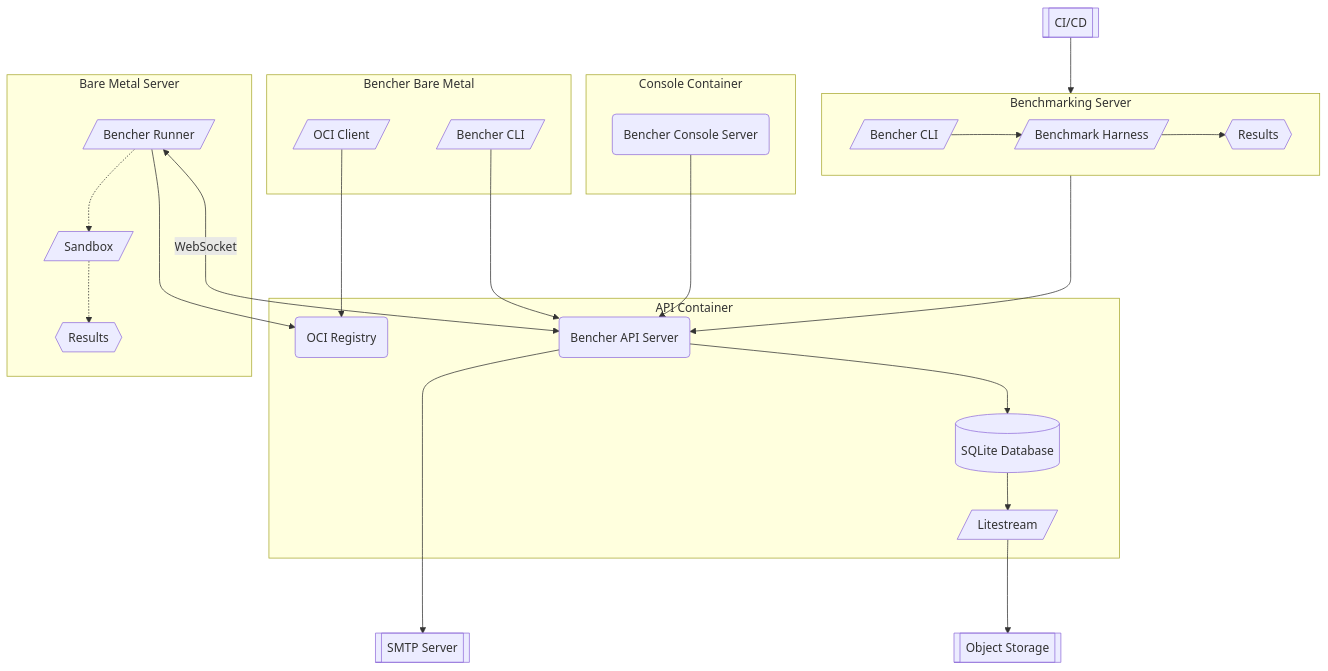
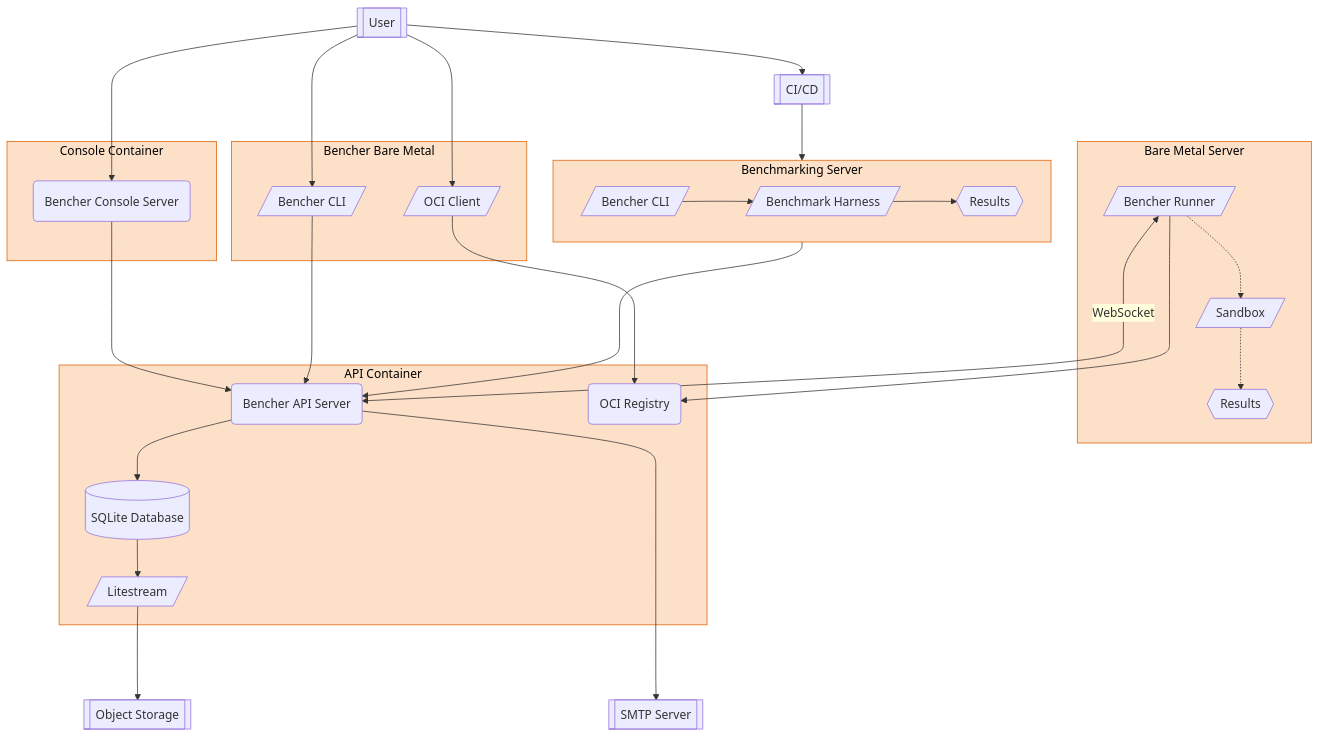
The diagram in services/console/diagrams/architecture.mmd (bencherdev/bencher), drawn with Mermaid before and after one commit.

```diff
--- a/services/console/diagrams/architecture.mmd
+++ b/services/console/diagrams/architecture.mmd
@@ -1,57 +1,64 @@
+%%{init: {'theme': 'base', 'themeVariables': {'primaryColor': '#ECECFF', 'primaryBorderColor': '#9370DB', 'primaryTextColor': '#333', 'lineColor': '#333333', 'secondaryColor': '#ffffde', 'tertiaryColor': '#fff', 'clusterBkg': '#fde0c8', 'clusterBorder': '#e26000'}}}%%
 graph TD
 
+User[[User]]
 Console(Bencher Console Server)
 Cli[/Bencher CLI/]
 Api(Bencher API Server)
 Db[(SQLite Database)]
 Litestream[/Litestream/]
 Storage[[Object Storage]]
 Smtp[[SMTP Server]]
 CiCd[[CI/CD]]
 BenchmarkHarness[/Benchmark Harness/]
 Runner[/Bencher Runner/]
 OciRegistry(OCI Registry)
 OciClient[/OCI Client/]
 BmCli[/Bencher CLI/]
 Sandbox[/Sandbox/]
+
+User --> Console
+User --> CiCd
+User --> OciClient
+User --> BmCli
 
 Console ---> Api
 subgraph Console Container
     Console
 end
 
 CiCd --> BenchmarkingServer
 BenchmarkingServer ---> Api
 subgraph BenchmarkingServer[Benchmarking Server]
     direction LR
     Cli --> BenchmarkHarness
     BenchmarkHarness --> Results{{Results}}
 end
 
 OciClient ---> OciRegistry
 BmCli ---> Api
 subgraph BencherBareMetal[Bencher Bare Metal]
     OciClient
     BmCli
 end
 
 Runner <--->|WebSocket| Api
 Runner ---> OciRegistry
 Runner -.-> Sandbox
 Sandbox -.-> RunnerResults{{Results}}
 subgraph BareMetalServer[Bare Metal Server]
     Runner
     Sandbox
     RunnerResults
 end
 
 Api --> Db
 Db --> Litestream
 Litestream ---> Storage
 Api -----> Smtp
 subgraph API Container
     Api
     Db
     Litestream
     OciRegistry
 end
```
